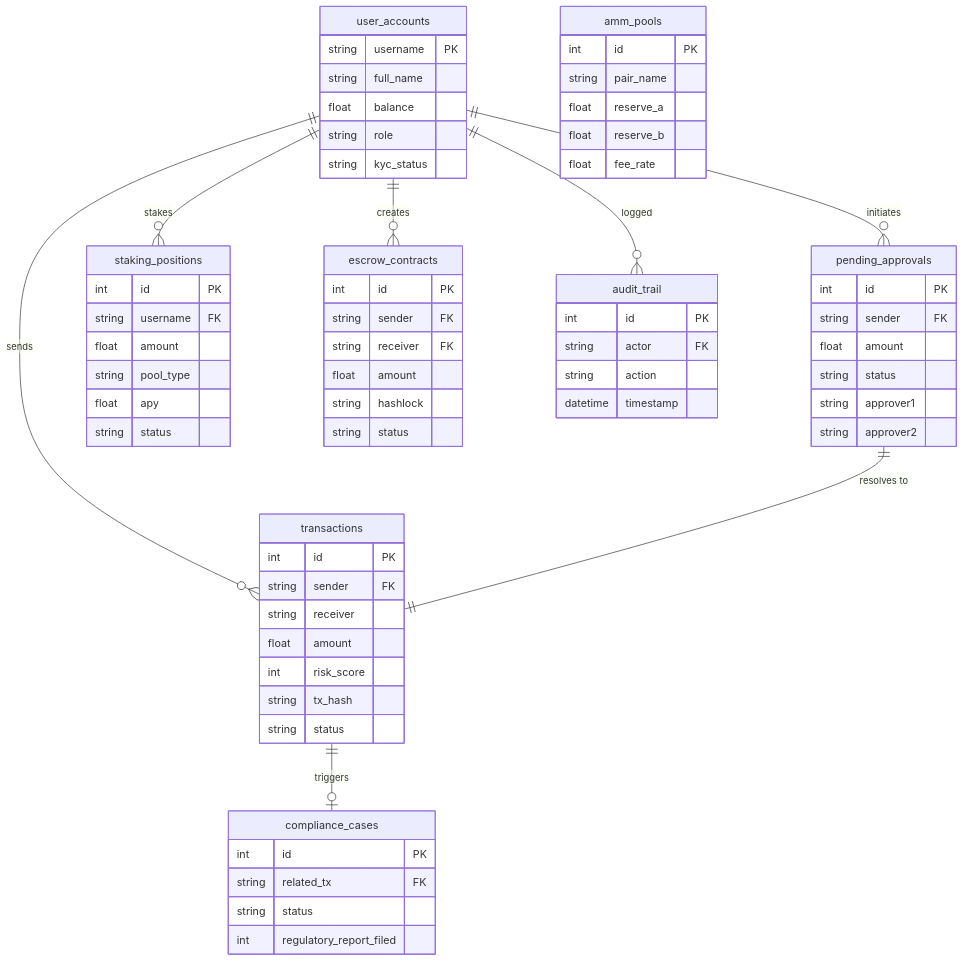
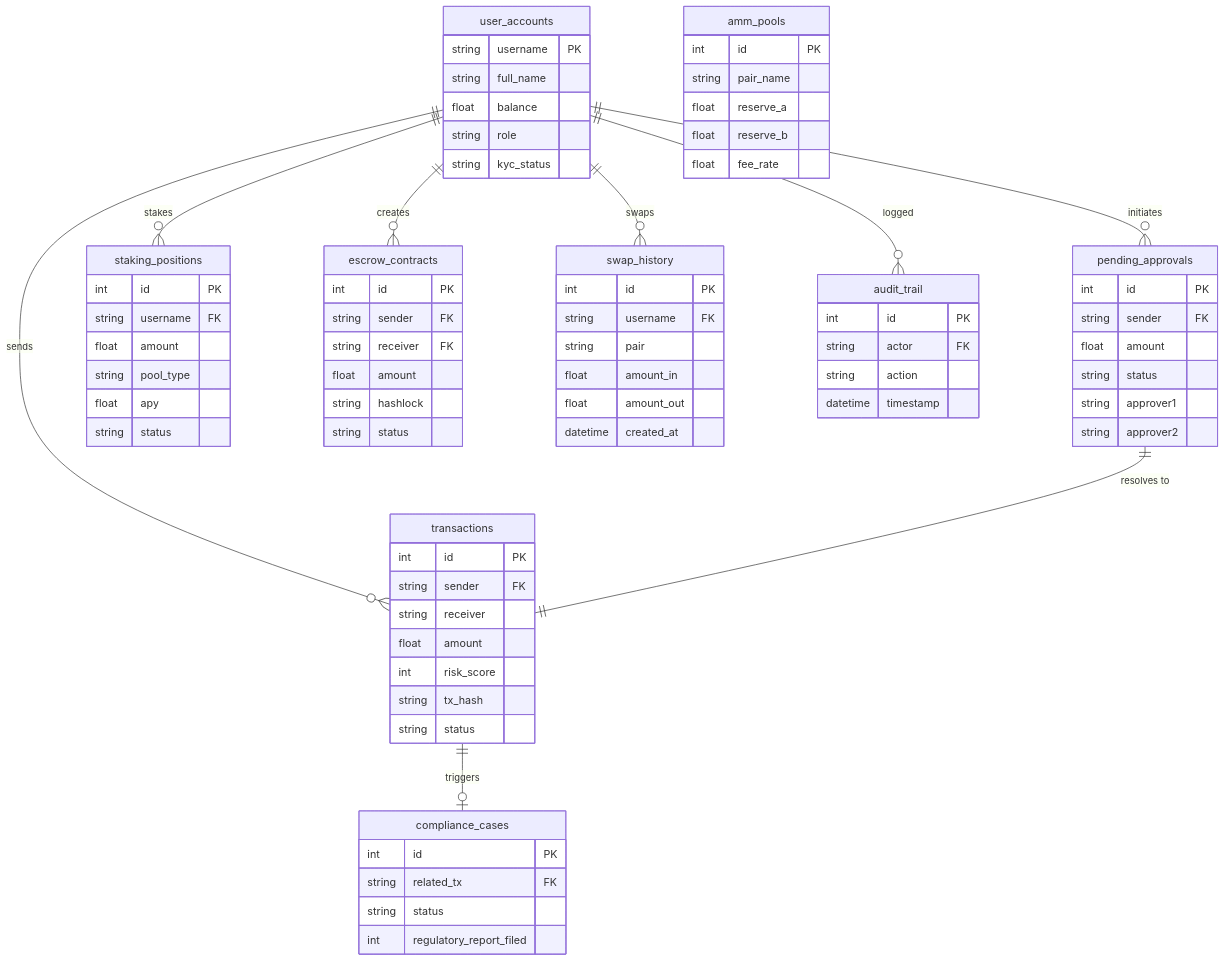
Diagram 11 of 11 in README.md (mohammedidriss/G9-IPTS), drawn with Mermaid before and after one commit. The commit also changed other lines of this file, not shown here.

````diff
--- a/README.md
+++ b/README.md
@@ -426,70 +478,79 @@
 ```mermaid
 erDiagram
     user_accounts {
         string username PK
         string full_name
         float balance
         string role
         string kyc_status
     }
     transactions {
         int id PK
         string sender FK
         string receiver
         float amount
         int risk_score
         string tx_hash
         string status
     }
     pending_approvals {
         int id PK
         string sender FK
         float amount
         string status
         string approver1
         string approver2
     }
     staking_positions {
         int id PK
         string username FK
         float amount
         string pool_type
         float apy
         string status
     }
     escrow_contracts {
         int id PK
         string sender FK
         string receiver FK
         float amount
         string hashlock
         string status
     }
     amm_pools {
         int id PK
         string pair_name
         float reserve_a
         float reserve_b
         float fee_rate
     }
+    swap_history {
+        int id PK
+        string username FK
+        string pair
+        float amount_in
+        float amount_out
+        datetime created_at
+    }
     compliance_cases {
         int id PK
         string related_tx FK
         string status
         int regulatory_report_filed
     }
     audit_trail {
         int id PK
         string actor FK
         string action
         datetime timestamp
     }
 
     user_accounts ||--o{ transactions : "sends"
     user_accounts ||--o{ pending_approvals : "initiates"
     user_accounts ||--o{ staking_positions : "stakes"
     user_accounts ||--o{ escrow_contracts : "creates"
+    user_accounts ||--o{ swap_history : "swaps"
     user_accounts ||--o{ audit_trail : "logged"
     transactions ||--o| compliance_cases : "triggers"
     pending_approvals ||--|| transactions : "resolves to"
 ```
````
